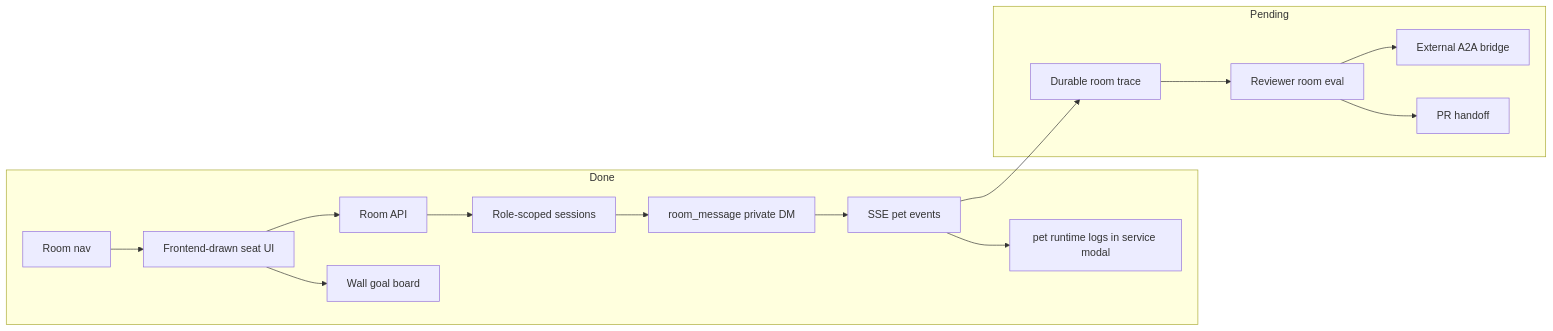
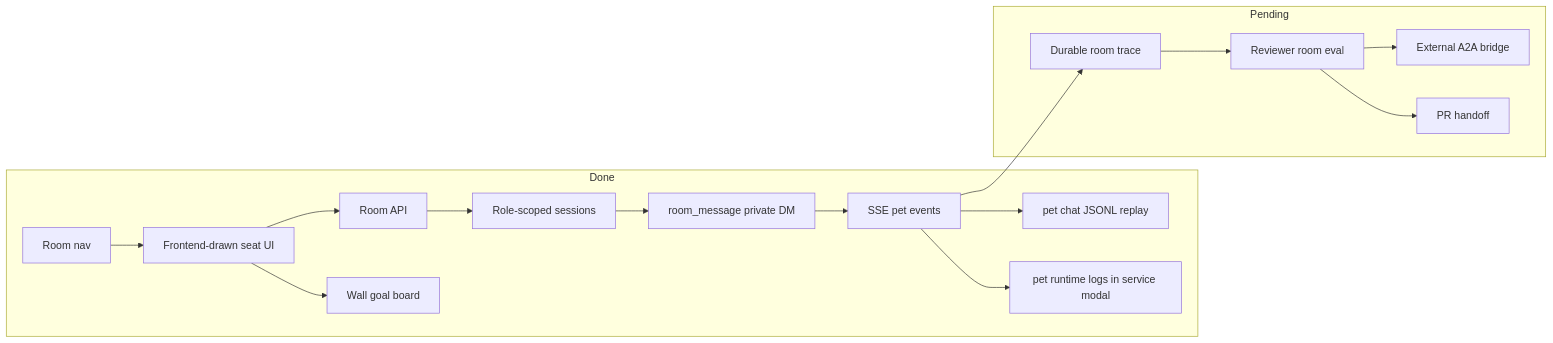
Before and after one commit to fightheyyy/XiaoBa-CLI: the diagram in dashboard/PLAN.md, drawn with Mermaid. The commit also changed other lines of this file and 34 other files, not shown here.

````diff
--- a/dashboard/PLAN.md
+++ b/dashboard/PLAN.md
@@ -7,32 +11,34 @@
 ```mermaid
 flowchart LR
     subgraph Done["Done"]
         Nav["Room nav"]
         Surface["Frontend-drawn seat UI"]
         API["Room API"]
         Scoped["Role-scoped sessions"]
         Goal["Wall goal board"]
         PM["room_message private DM"]
         Stream["SSE pet events"]
+        ChatHistory["pet chat JSONL replay"]
         Logs["pet runtime logs in service modal"]
     end
 
     subgraph Pending["Pending"]
         Durable["Durable room trace"]
         Eval["Reviewer room eval"]
         A2A["External A2A bridge"]
         PR["PR handoff"]
     end
 
     Nav --> Surface
     Surface --> API
     Surface --> Goal
     API --> Scoped
     Scoped --> PM
     PM --> Stream
+    Stream --> ChatHistory
     Stream --> Logs
     Stream --> Durable
     Durable --> Eval
     Eval --> A2A
     Eval --> PR
 ```
````
